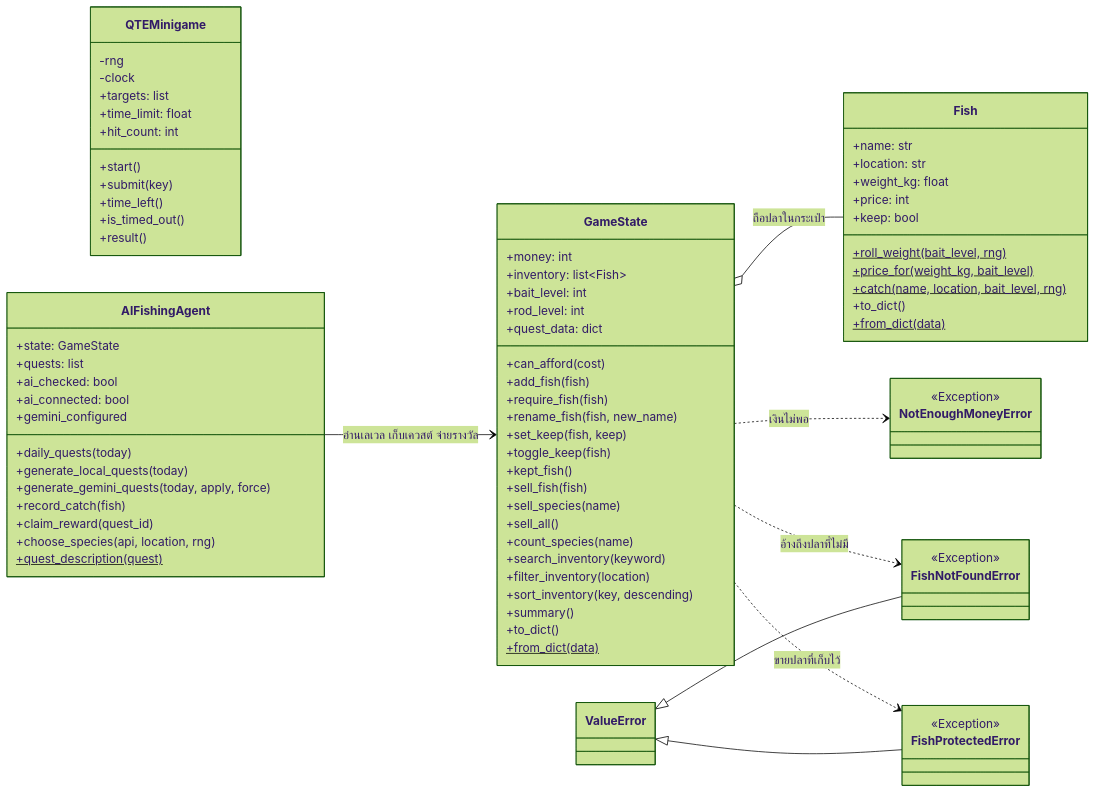
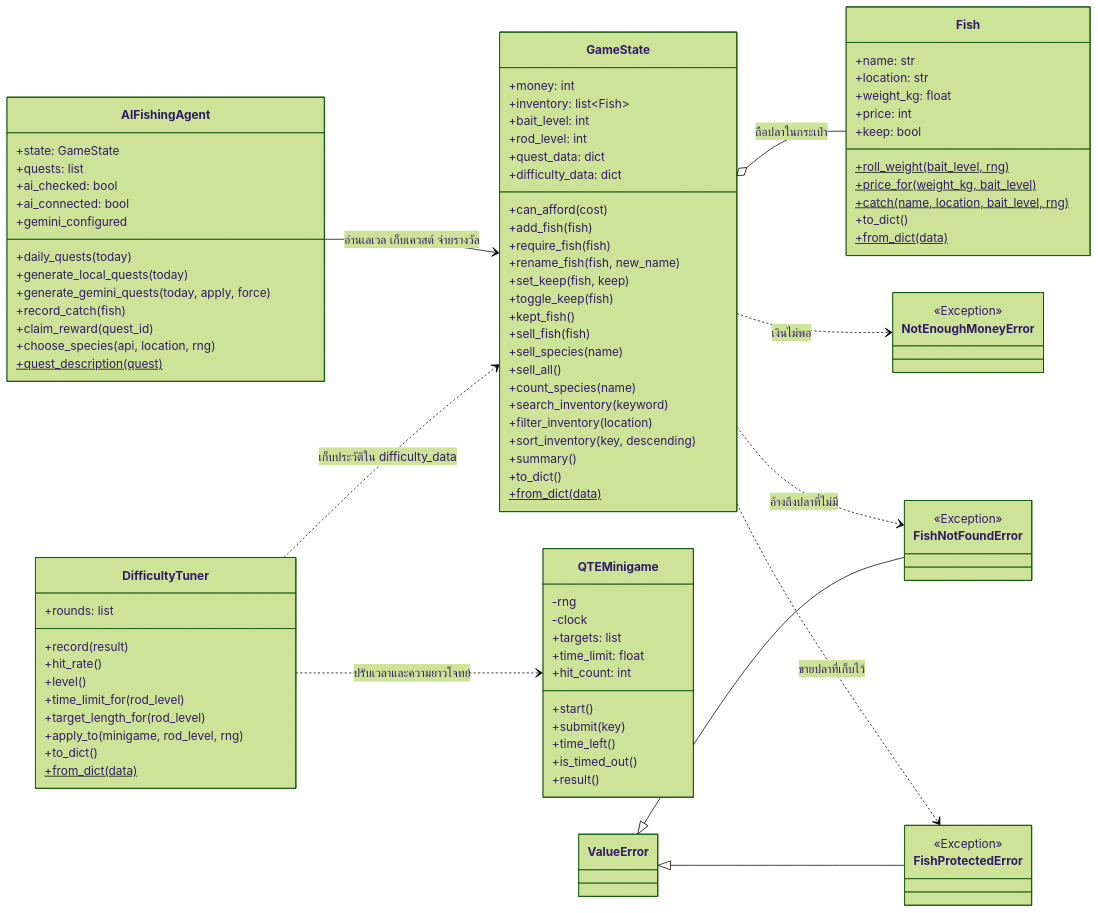
One commit to suphachaikh-creator/Final-Project_G11_Sec2_Script_Programming changed the first of 3 diagrams in PLAN.md. Above: the diagram before and after it, drawn with Mermaid (forest theme). The commit also changed other lines of this file and 27 other files, not shown here.

```diff
--- a/PLAN.md
+++ b/PLAN.md
@@ -393,6 +408,7 @@
         +bait_level: int
         +rod_level: int
         +quest_data: dict
+        +difficulty_data: dict
         +can_afford(cost)
         +add_fish(fish)
         +require_fish(fish)
@@ -463,8 +479,22 @@
         +quest_description(quest)$
     }
 
+    class DifficultyTuner {
+        +rounds: list
+        +record(result)
+        +hit_rate()
+        +level()
+        +time_limit_for(rod_level)
+        +target_length_for(rod_level)
+        +apply_to(minigame, rod_level, rng)
+        +to_dict()
+        +from_dict(data)$
+    }
+
     GameState o-- Fish : ถือปลาในกระเป๋า
     AIFishingAgent --> GameState : อ่านเลเวล เก็บเควสต์ จ่ายรางวัล
+    DifficultyTuner ..> QTEMinigame : ปรับเวลาและความยาวโจทย์
+    DifficultyTuner ..> GameState : เก็บประวัติใน difficulty_data
     GameState ..> NotEnoughMoneyError : เงินไม่พอ
     GameState ..> FishNotFoundError : อ้างถึงปลาที่ไม่มี
     GameState ..> FishProtectedError : ขายปลาที่เก็บไว้
```
